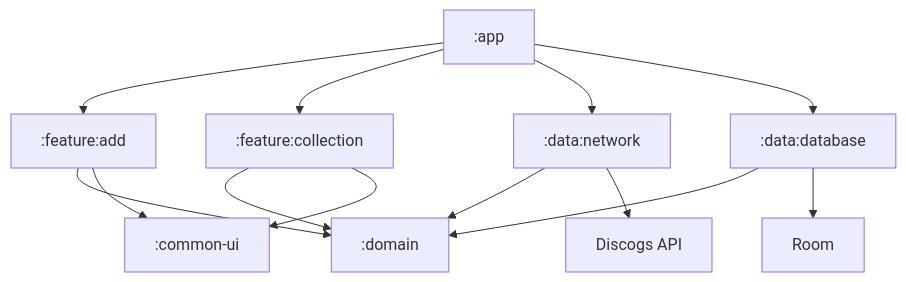
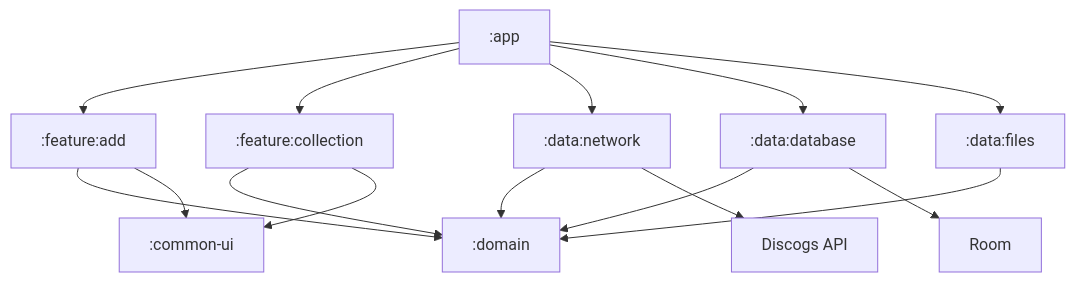
The diagram in README.md (constant-i/CdVinylCatalog), drawn with Mermaid before and after one commit. The commit also changed other lines of this file and 2 other files, not shown here.

````diff
--- a/README.md
+++ b/README.md
@@ -85,33 +122,36 @@
 ```mermaid
 graph TD
     App[":app"]
 
     Add[":feature:add"]
     Coll[":feature:collection"]
 
     Ui[":common-ui"]
     Domain[":domain"]
 
     Net[":data:network"]
     Db[":data:database"]
+    Files[":data:files"]
 
     Api["Discogs API"]
     Room["Room"]
 
     App --> Add
     App --> Coll
 
     Add --> Domain
     Add --> Ui
     Coll --> Domain
     Coll --> Ui
 
     Net --> Domain
     Db --> Domain
+    Files --> Domain
 
     App --> Net
     App --> Db
+    App --> Files
 
     Net --> Api
     Db --> Room
 ```
````
